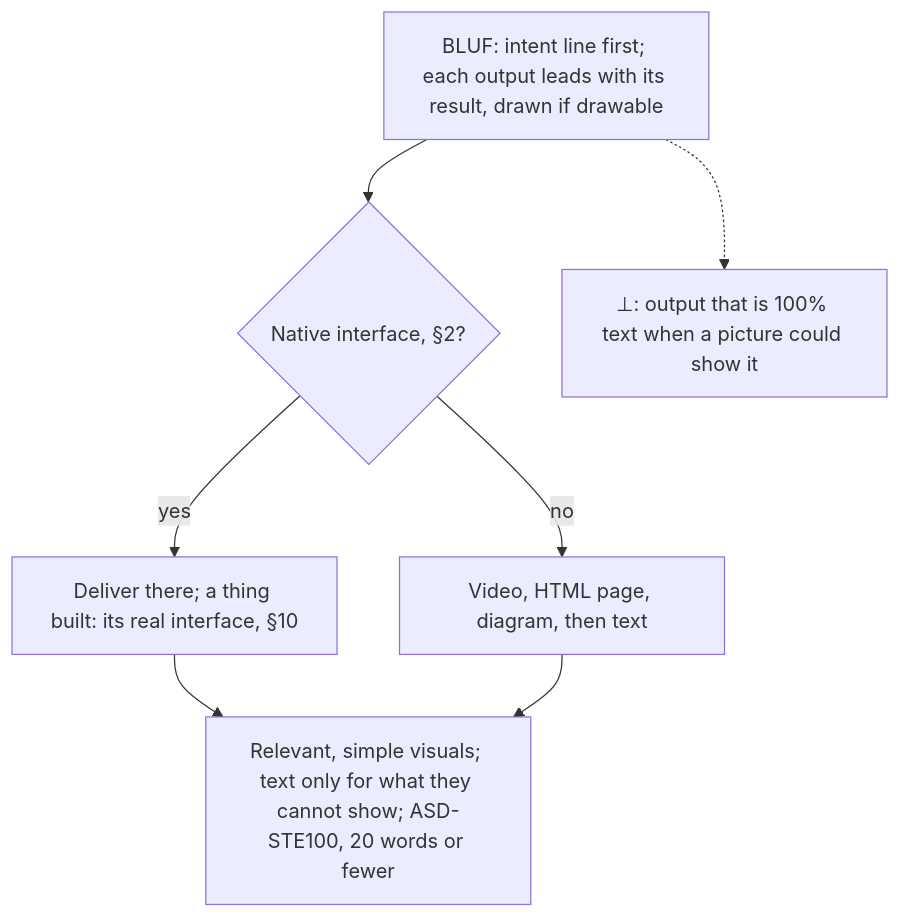
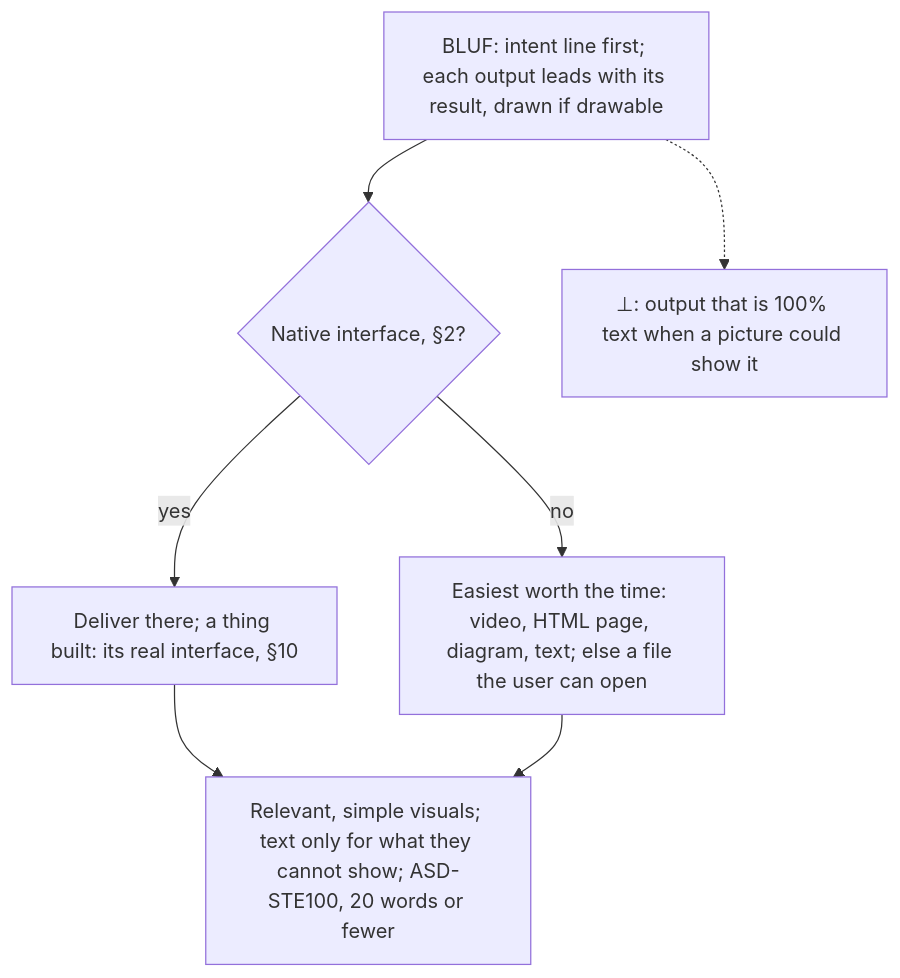
Before and after one commit to SolenixAI/arbiter: diagram 12 of 14 in AGENTS.md, drawn with Mermaid. The commit also changed other lines of this file and 1 other file, not shown here.

````diff
--- a/AGENTS.md
+++ b/AGENTS.md
@@ -460,9 +461,9 @@
 ```mermaid
 flowchart TD
   IL["BLUF: intent line first; each output leads with its result, drawn if drawable"] --> N{"Native interface, §2?"}
   N -->|yes| V["Deliver there; a thing built: its real interface, §10"]
-  N -->|no| F["Video, HTML page, diagram, then text"]
+  N -->|no| F["Easiest worth the time: video, HTML page, diagram, text; else a file the user can open"]
   V --> T["Relevant, simple visuals; text only for what they cannot show; ASD-STE100, 20 words or fewer"]
   F --> T
   IL -.-> BOT["⊥: output that is 100% text when a picture could show it"]
 ```
````
